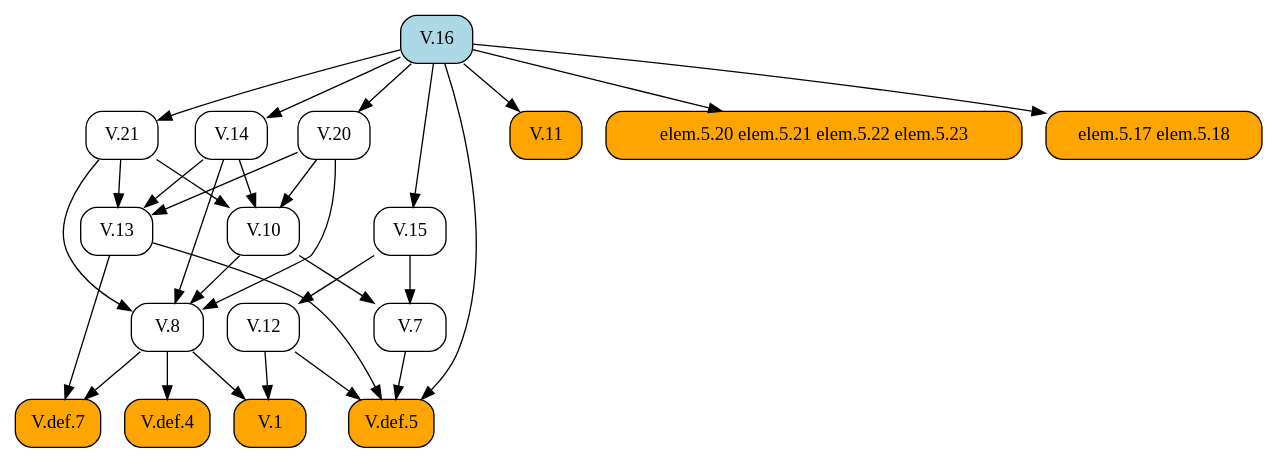
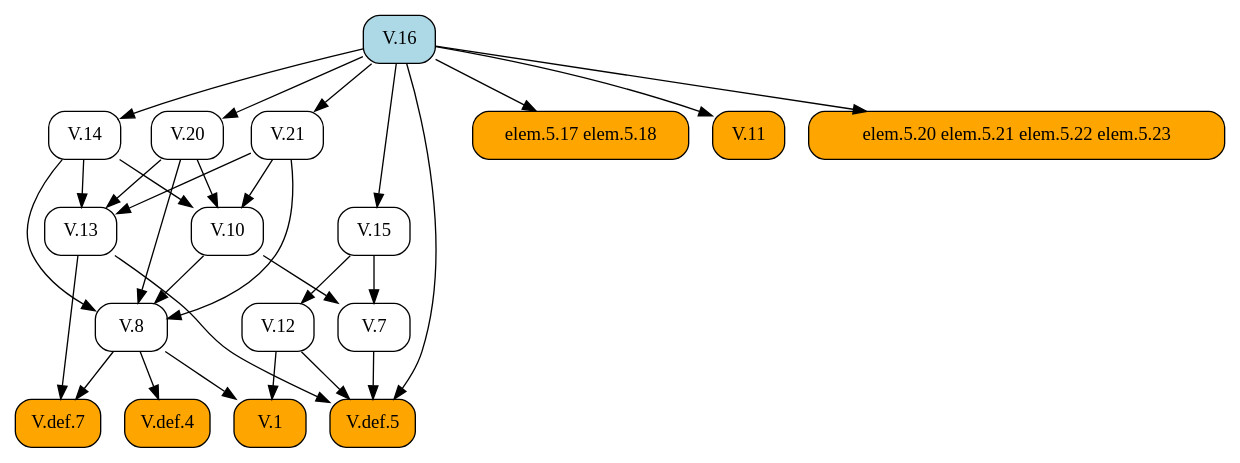
Before and after one commit to geometor/elements: the diagram in docsrc/heath/V/16/index.rst, drawn with Graphviz. The commit also changed other lines of this file and 484 other files, not shown here.

```diff
--- a/docsrc/heath/V/16/index.rst
+++ b/docsrc/heath/V/16/index.rst
@@ -61,52 +61,52 @@
 .. graphviz::
 
    digraph {
      rankdir="TB";
      node [shape=box, style=rounded];
-     "V.8" [URL="/heath/V/8/", target="_top"];
+     "V.16" [style="rounded,filled", fillcolor=lightblue, URL="/heath/V/16/", target="_top"];
+     "V.def.7" [style="rounded,filled", fillcolor=orange, URL="/heath/V/def.7/", target="_top"];
+     "V.21" [URL="/heath/V/21/", target="_top"];
+     "V.13" [URL="/heath/V/13/", target="_top"];
+     "V.7" [URL="/heath/V/7/", target="_top"];
+     "elem.5.17 elem.5.18" [style="rounded,filled", fillcolor=orange];
      "V.14" [URL="/heath/V/14/", target="_top"];
      "V.def.5" [style="rounded,filled", fillcolor=orange, URL="/heath/V/def.5/", target="_top"];
-     "V.12" [URL="/heath/V/12/", target="_top"];
+     "V.8" [URL="/heath/V/8/", target="_top"];
      "V.10" [URL="/heath/V/10/", target="_top"];
      "V.1" [style="rounded,filled", fillcolor=orange, URL="/heath/V/1/", target="_top"];
      "V.20" [URL="/heath/V/20/", target="_top"];
-     "V.13" [URL="/heath/V/13/", target="_top"];
+     "V.15" [URL="/heath/V/15/", target="_top"];
      "V.11" [style="rounded,filled", fillcolor=orange, URL="/heath/V/11/", target="_top"];
      "elem.5.20 elem.5.21 elem.5.22 elem.5.23" [style="rounded,filled", fillcolor=orange];
-     "elem.5.17 elem.5.18" [style="rounded,filled", fillcolor=orange];
-     "V.15" [URL="/heath/V/15/", target="_top"];
-     "V.7" [URL="/heath/V/7/", target="_top"];
+     "V.12" [URL="/heath/V/12/", target="_top"];
      "V.def.4" [style="rounded,filled", fillcolor=orange, URL="/heath/V/def.4/", target="_top"];
-     "V.16" [style="rounded,filled", fillcolor=lightblue, URL="/heath/V/16/", target="_top"];
-     "V.def.7" [style="rounded,filled", fillcolor=orange, URL="/heath/V/def.7/", target="_top"];
-     "V.21" [URL="/heath/V/21/", target="_top"];
-     "V.10" -> "V.8";
-     "V.14" -> "V.8";
-     "V.20" -> "V.8";
-     "V.21" -> "V.8";
+     "V.8" -> "V.def.7";
+     "V.13" -> "V.def.7";
+     "V.16" -> "V.21";
+     "V.14" -> "V.13";
+     "V.20" -> "V.13";
+     "V.21" -> "V.13";
+     "V.10" -> "V.7";
+     "V.15" -> "V.7";
+     "V.16" -> "elem.5.17 elem.5.18";
      "V.16" -> "V.14";
      "V.7" -> "V.def.5";
      "V.12" -> "V.def.5";
      "V.13" -> "V.def.5";
      "V.16" -> "V.def.5";
-     "V.15" -> "V.12";
+     "V.10" -> "V.8";
+     "V.14" -> "V.8";
+     "V.20" -> "V.8";
+     "V.21" -> "V.8";
      "V.14" -> "V.10";
      "V.20" -> "V.10";
      "V.21" -> "V.10";
      "V.8" -> "V.1";
      "V.12" -> "V.1";
      "V.16" -> "V.20";
-     "V.14" -> "V.13";
-     "V.20" -> "V.13";
-     "V.21" -> "V.13";
+     "V.16" -> "V.15";
      "V.16" -> "V.11";
      "V.16" -> "elem.5.20 elem.5.21 elem.5.22 elem.5.23";
-     "V.16" -> "elem.5.17 elem.5.18";
-     "V.16" -> "V.15";
-     "V.10" -> "V.7";
-     "V.15" -> "V.7";
+     "V.15" -> "V.12";
      "V.8" -> "V.def.4";
-     "V.8" -> "V.def.7";
-     "V.13" -> "V.def.7";
-     "V.16" -> "V.21";
    }
```
